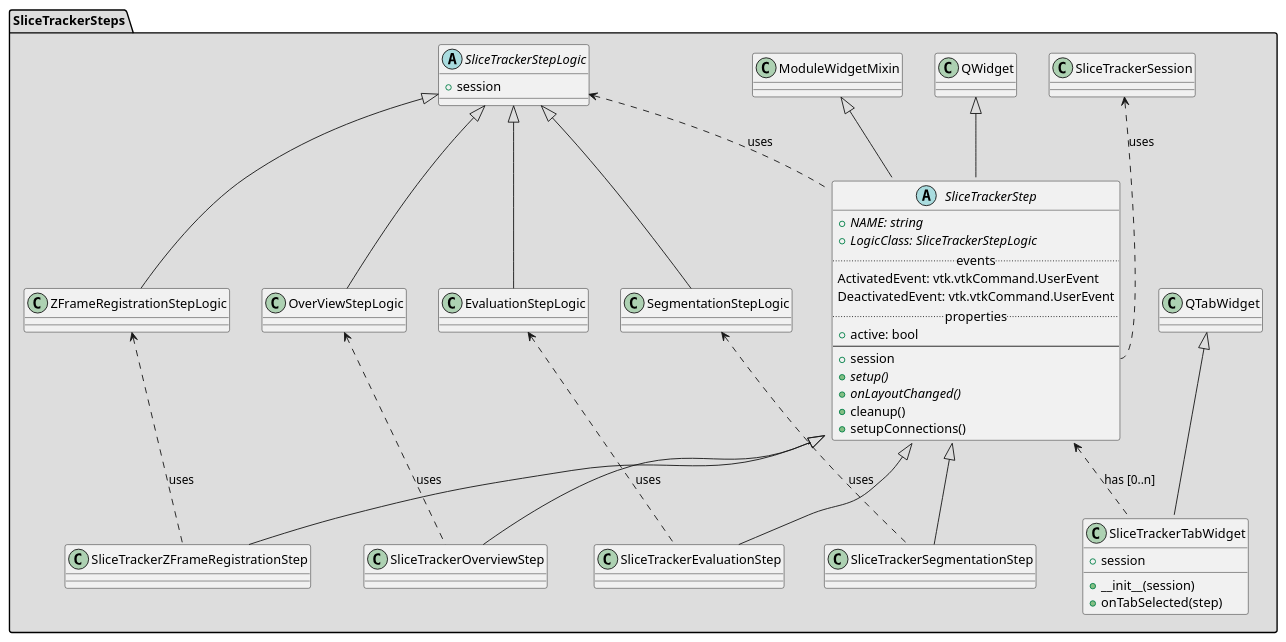
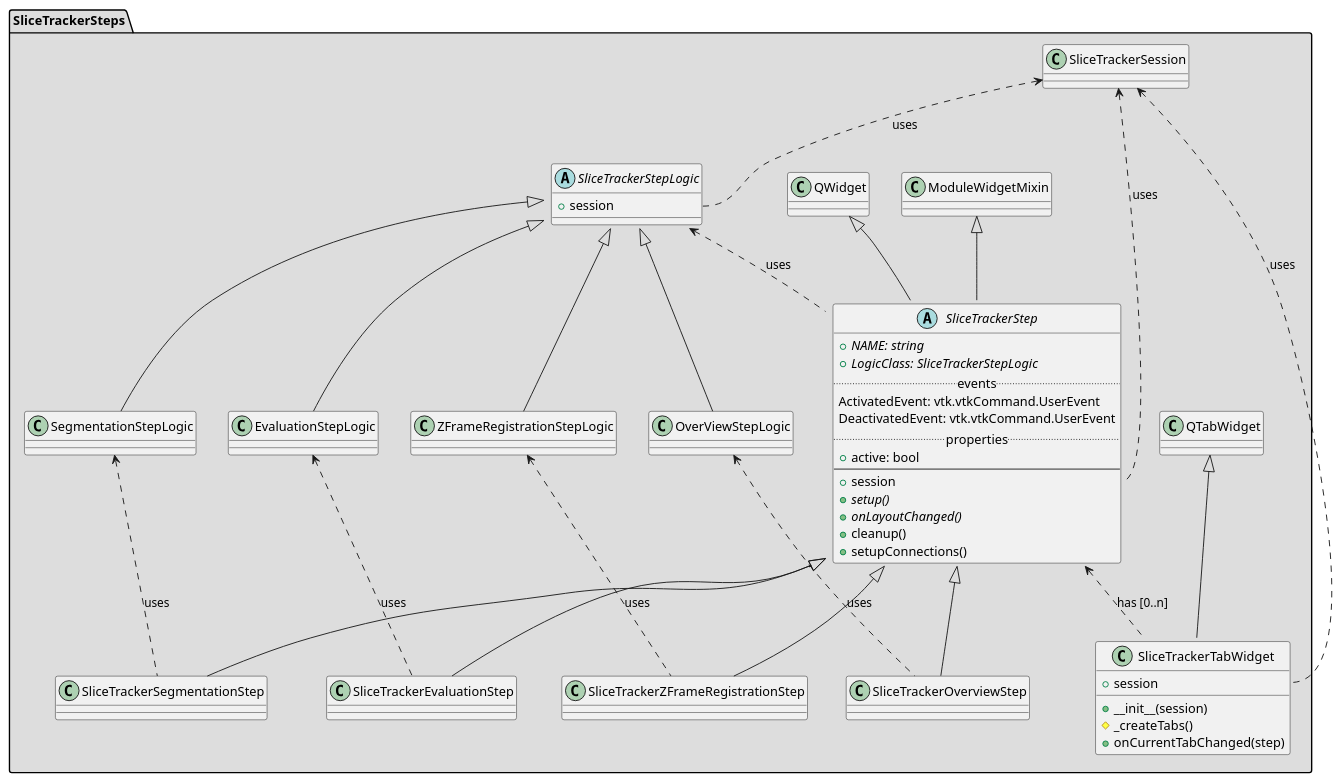
The diagram in puml/SliceTrackerSteps.puml (SlicerProstate/SliceTracker), drawn with PlantUML before and after one commit. The commit also changed 7 other files, not shown here.

```diff
--- a/puml/SliceTrackerSteps.puml
+++ b/puml/SliceTrackerSteps.puml
@@ -1,71 +1,74 @@
 @startuml
 
 package "SliceTrackerSteps" #DDDDDD {
 
 
   QTabWidget <|-- SliceTrackerTabWidget
   SliceTrackerStep <.. SliceTrackerTabWidget::steps: has [0..n]
 
   class SliceTrackerTabWidget {
     + session
     + __init__(session)
-    + onTabSelected(step)
+    # _createTabs()
+    + onCurrentTabChanged(step)
   }
 
   ModuleWidgetMixin <|-- SliceTrackerStep
   QWidget <|-- SliceTrackerStep
 
   abstract class SliceTrackerStep {
     + {abstract} NAME: string
     + {abstract} LogicClass: SliceTrackerStepLogic
     .. events ..
     ActivatedEvent: vtk.vtkCommand.UserEvent
     DeactivatedEvent: vtk.vtkCommand.UserEvent
     .. properties ..
     + active: bool
     --
     + session
     + {abstract} setup()
     + {abstract} onLayoutChanged()
     + cleanup()
     + setupConnections()
   }
 
   abstract class SliceTrackerStepLogic {
     + session
   }
 
   class SliceTrackerOverviewStep {
 
   }
 
   'SliceTrackerSession "0" --> "*" SliceTrackerStep
 
   'class OverViewStepLogic
   'class SegmentationStepLogic
   'class ZFrameRegistrationStepLogic
   'class EvaluationStepLogic
   '
   SliceTrackerStepLogic <|-- OverViewStepLogic
   SliceTrackerStepLogic <|-- SegmentationStepLogic
   SliceTrackerStepLogic <|-- ZFrameRegistrationStepLogic
   SliceTrackerStepLogic <|-- EvaluationStepLogic
 
   SliceTrackerStep <|-- SliceTrackerOverviewStep
   SliceTrackerStep <|-- SliceTrackerSegmentationStep
   SliceTrackerStep <|-- SliceTrackerZFrameRegistrationStep
   SliceTrackerStep <|-- SliceTrackerEvaluationStep
 
   OverViewStepLogic <.. SliceTrackerOverviewStep: uses
   SegmentationStepLogic <.. SliceTrackerSegmentationStep: uses
   ZFrameRegistrationStepLogic <.. SliceTrackerZFrameRegistrationStep: uses
   EvaluationStepLogic <.. SliceTrackerEvaluationStep: uses
 
   SliceTrackerStepLogic <.. SliceTrackerStep : uses
 
   SliceTrackerSession <.. SliceTrackerStep::session : uses
+  SliceTrackerSession <.. SliceTrackerStepLogic::session: uses
+  SliceTrackerSession <.. SliceTrackerTabWidget::session: uses
 }
 
 
 
 @enduml
```
